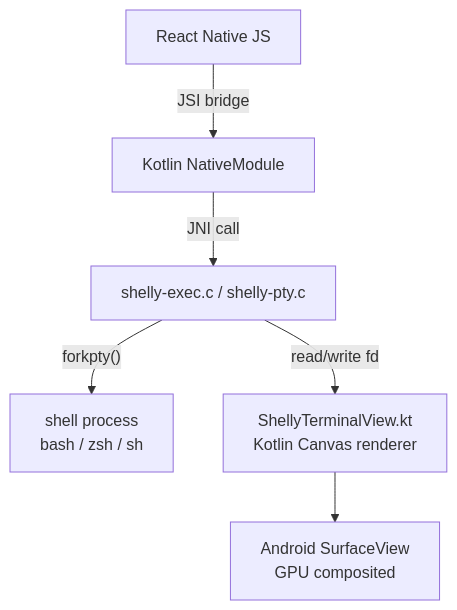
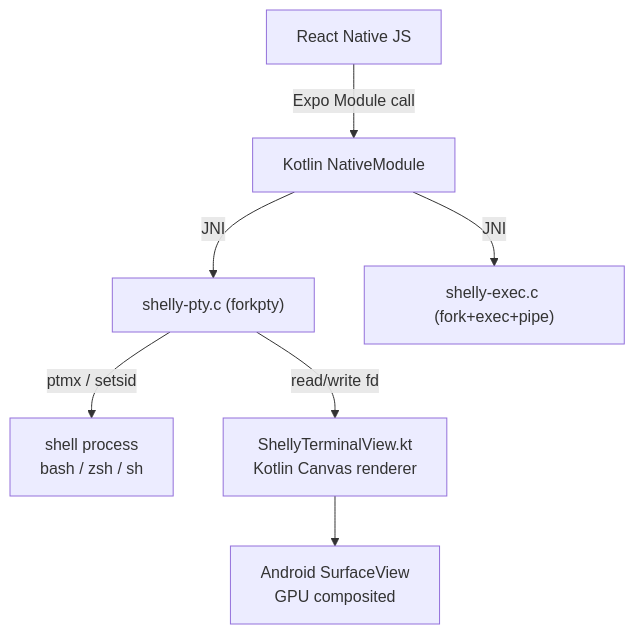
One commit to PKailab/Shelly changed the fourth of 5 diagrams in README.md. Above: the diagram before and after it, drawn with Mermaid. The commit also changed other lines of this file, not shown here.

````diff
--- a/README.md
+++ b/README.md
@@ -425,8 +435,9 @@
 ```mermaid
 flowchart TB
-  JS["React Native JS"] -- "JSI bridge" --> KT["Kotlin NativeModule"]
-  KT -- "JNI call" --> C["shelly-exec.c / shelly-pty.c"]
-  C -- "forkpty()" --> SH["shell process\nbash / zsh / sh"]
-  C -- "read/write fd" --> TV["ShellyTerminalView.kt\nKotlin Canvas renderer"]
+  JS["React Native JS"] -- "Expo Module call" --> KT["Kotlin NativeModule"]
+  KT -- "JNI" --> PTY["shelly-pty.c (forkpty)"]
+  KT -- "JNI" --> EXEC["shelly-exec.c (fork+exec+pipe)"]
+  PTY -- "ptmx / setsid" --> SH["shell process\nbash / zsh / sh"]
+  PTY -- "read/write fd" --> TV["ShellyTerminalView.kt\nKotlin Canvas renderer"]
   TV --> GPU["Android SurfaceView\nGPU composited"]
 ```
````
